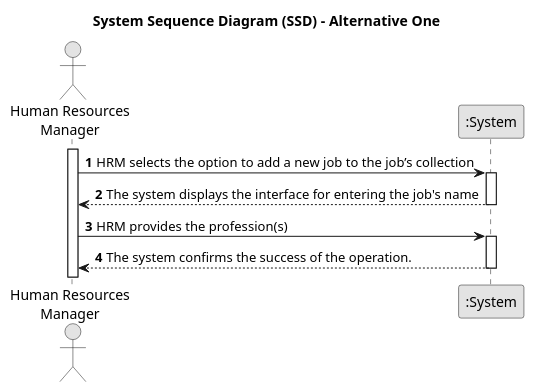
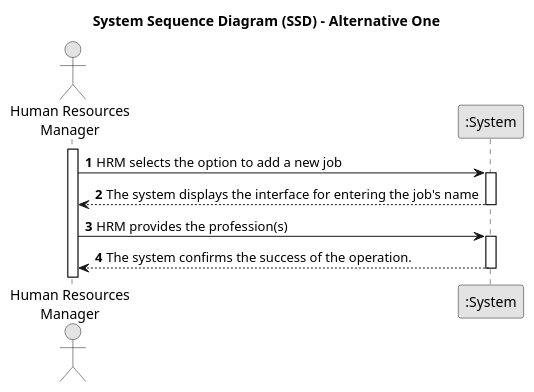
Before and after one commit to SAEmanuel/Green_Spaces_Management_ISEP: the diagram in docs/sprintA/us002/01.requirements-engineering/puml/us002-system-sequence-diagram-alternative-one.puml, drawn with PlantUML. The commit also changed 12 other files, not shown here.

```diff
--- a/docs/sprintA/us002/01.requirements-engineering/puml/us002-system-sequence-diagram-alternative-one.puml
+++ b/docs/sprintA/us002/01.requirements-engineering/puml/us002-system-sequence-diagram-alternative-one.puml
@@ -1,31 +1,30 @@
 @startuml
 skinparam monochrome true
 skinparam packageStyle rectangle
 skinparam shadowing false
 
 title System Sequence Diagram (SSD) - Alternative One
 
 autonumber
 
 actor "Human Resources\nManager" as HRM
 participant ":System" as System
 
 activate HRM
 
 
-     HRM -> System : HRM selects the option to add a new job to the job’s collection
+     HRM -> System : HRM selects the option to add a new job
     activate System
 
         System --> HRM : The system displays the interface for entering the job's name
     deactivate System
 
         HRM -> System : HRM provides the profession(s)
     activate System
 
-
         System --> HRM : The system confirms the success of the operation.
     deactivate System
 
 
 
 @enduml
```
